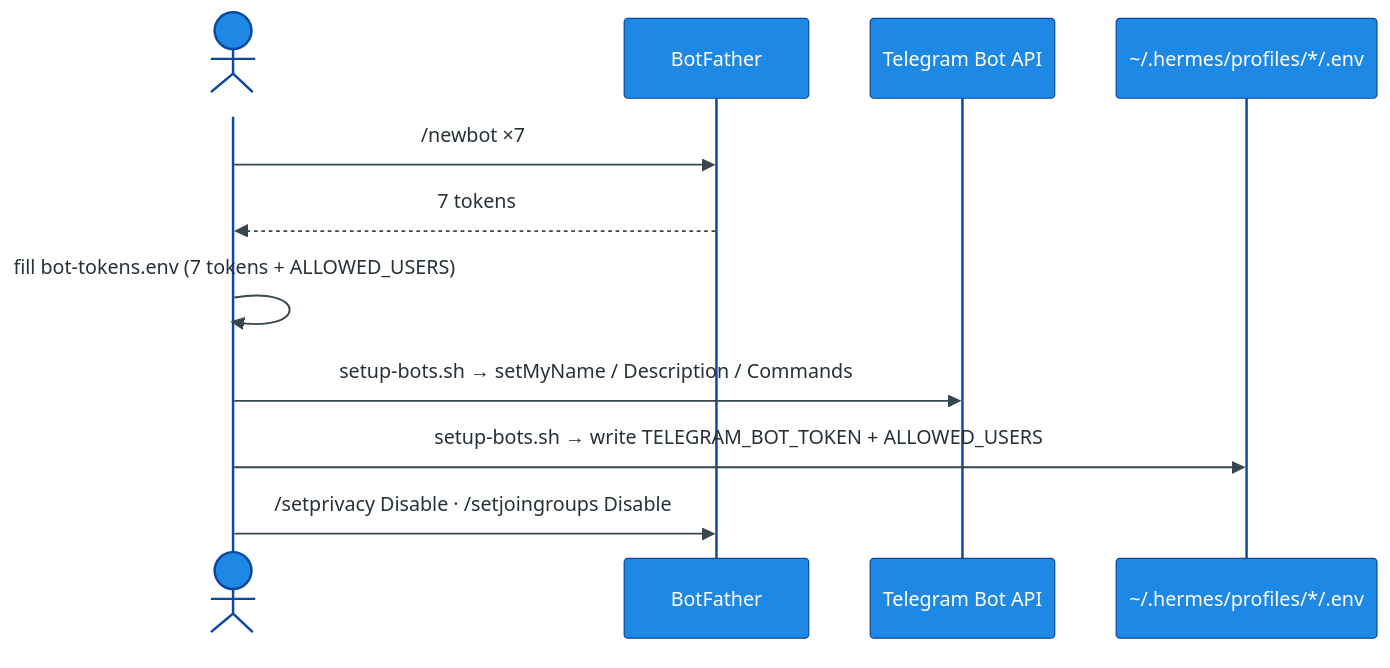
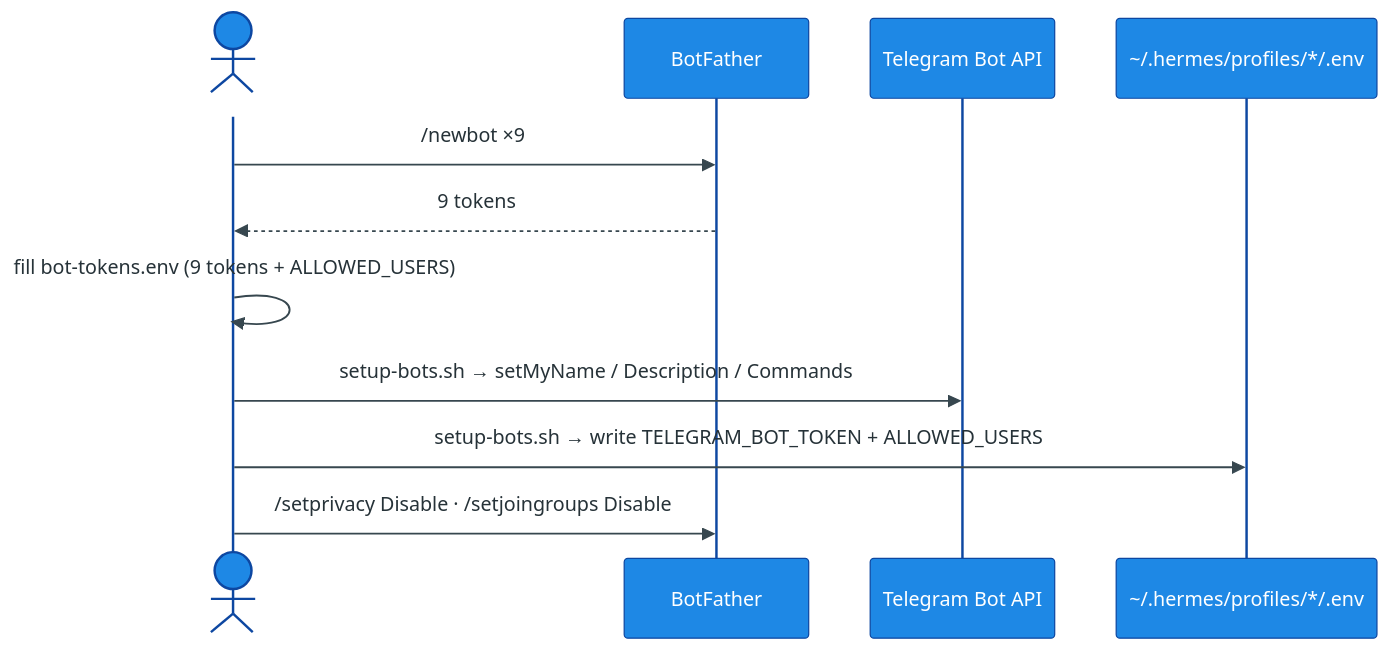
One commit to mpolatcan/hermes-setup changed the diagram in docs/03-telegram-bots.md. Above: the diagram before and after it, drawn with Mermaid. The commit also changed other lines of this file and 8 other files, not shown here.

````diff
--- a/docs/03-telegram-bots.md
+++ b/docs/03-telegram-bots.md
@@ -7,14 +7,14 @@
 ```mermaid
 %%{init: {'theme':'base','themeVariables':{'actorBkg':'#1E88E5','actorBorder':'#0D47A1','actorTextColor':'#ffffff','signalColor':'#37474F','signalTextColor':'#263238','noteBkgColor':'#FFF3E0','noteBorderColor':'#FFB74D','noteTextColor':'#E65100','sequenceNumberColor':'#ffffff'}}}%%
 sequenceDiagram
     actor You
     participant BF as BotFather
     participant API as Telegram Bot API
     participant ENV as ~/.hermes/profiles/*/.env
-    You->>BF: /newbot ×7
-    BF-->>You: 7 tokens
-    You->>You: fill bot-tokens.env (7 tokens + ALLOWED_USERS)
+    You->>BF: /newbot ×9
+    BF-->>You: 9 tokens
+    You->>You: fill bot-tokens.env (9 tokens + ALLOWED_USERS)
     You->>API: setup-bots.sh → setMyName / Description / Commands
     You->>ENV: setup-bots.sh → write TELEGRAM_BOT_TOKEN + ALLOWED_USERS
     You->>BF: /setprivacy Disable · /setjoingroups Disable
 ```
````
